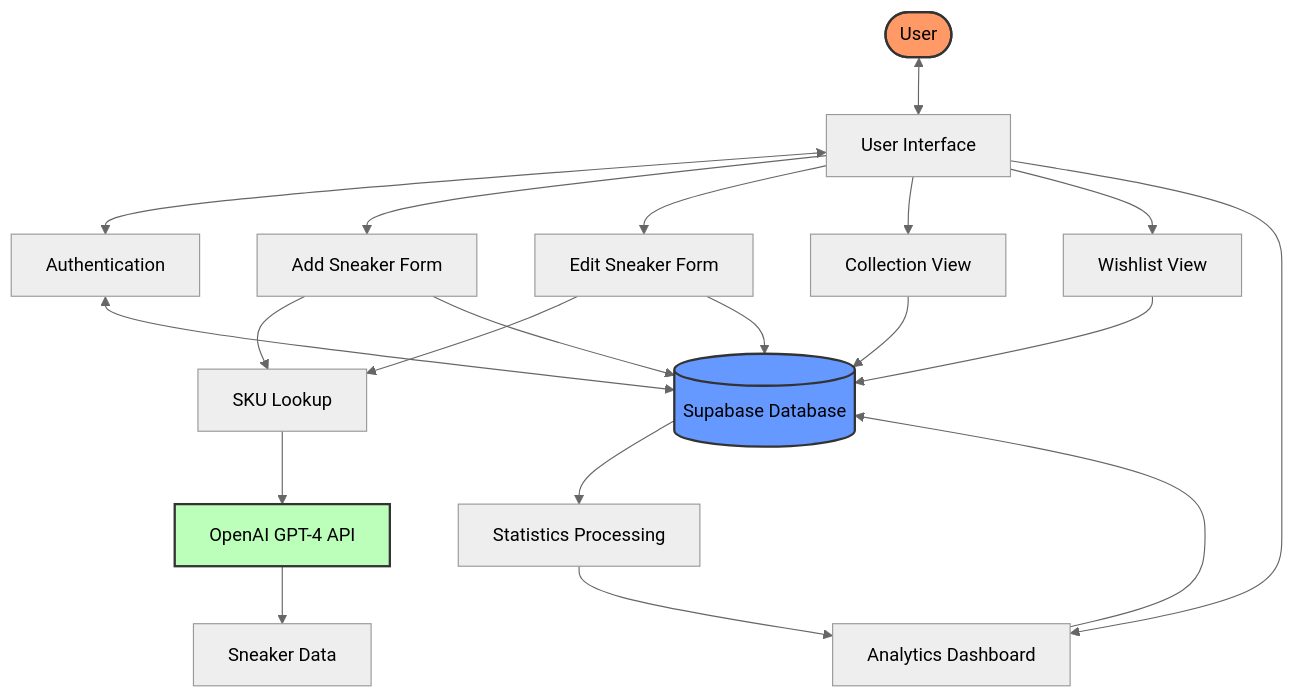
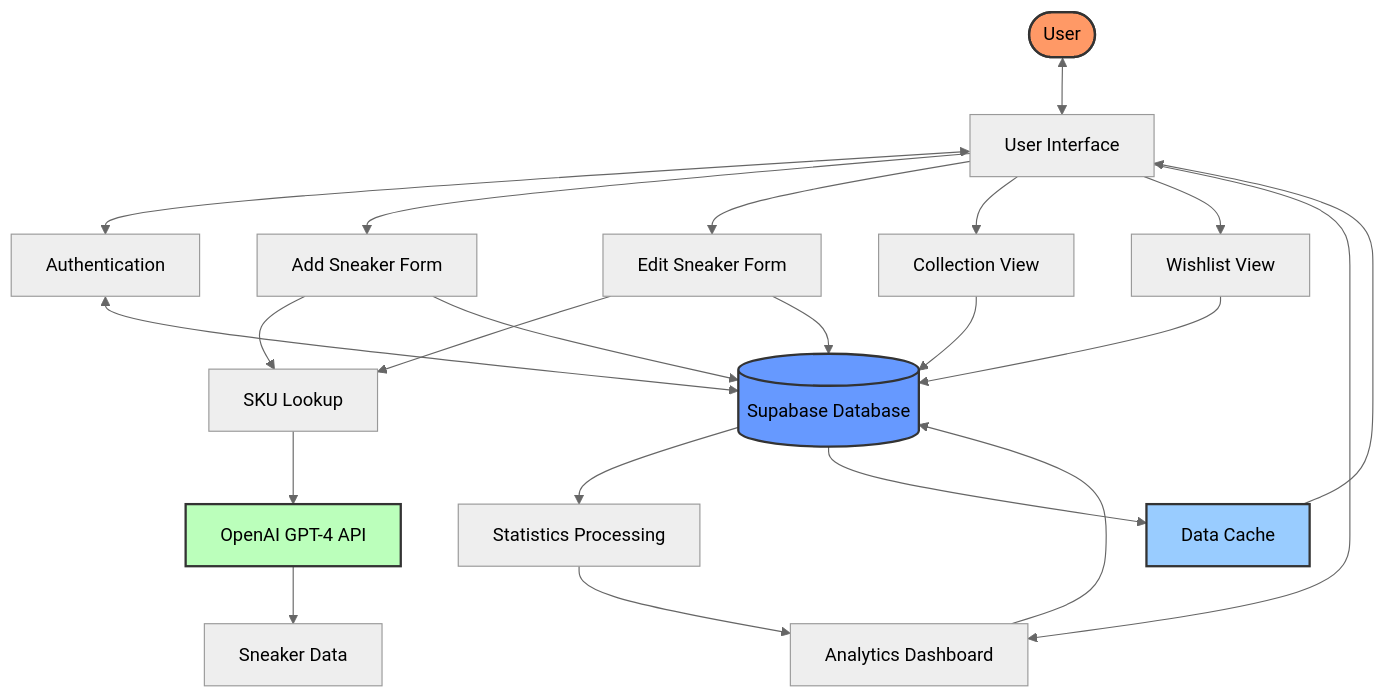
The second of 3 diagrams in README.md (moonseer/sneaker-collect), drawn with Mermaid (neutral theme) before and after one commit. The commit also changed other lines of this file and 42 other files, not shown here.

````diff
--- a/README.md
+++ b/README.md
@@ -71,30 +80,34 @@
 ```mermaid
 flowchart TD
     User([User]) <--> UI[User Interface]
     UI <--> Auth[Authentication]
     Auth <--> DB[(Supabase Database)]
     
     UI --> AddForm[Add Sneaker Form]
     UI --> EditForm[Edit Sneaker Form]
     UI --> Collection[Collection View]
     UI --> Wishlist[Wishlist View]
     UI --> Dashboard[Analytics Dashboard]
     
     AddForm --> SKULookup[SKU Lookup]
     EditForm --> SKULookup
     SKULookup --> LLMAPI[OpenAI GPT-4 API]
     LLMAPI --> SneakerData[Sneaker Data]
     
     AddForm --> DB
     EditForm --> DB
     Collection --> DB
     Wishlist --> DB
     Dashboard --> DB
     
     DB --> Stats[Statistics Processing]
     Stats --> Dashboard
     
+    DB --> Cache[Data Cache]
+    Cache --> UI
+    
     style User fill:#f96,stroke:#333,stroke-width:2px
     style LLMAPI fill:#bfb,stroke:#333,stroke-width:2px
     style DB fill:#69f,stroke:#333,stroke-width:2px
+    style Cache fill:#9cf,stroke:#333,stroke-width:2px
 ```
````
